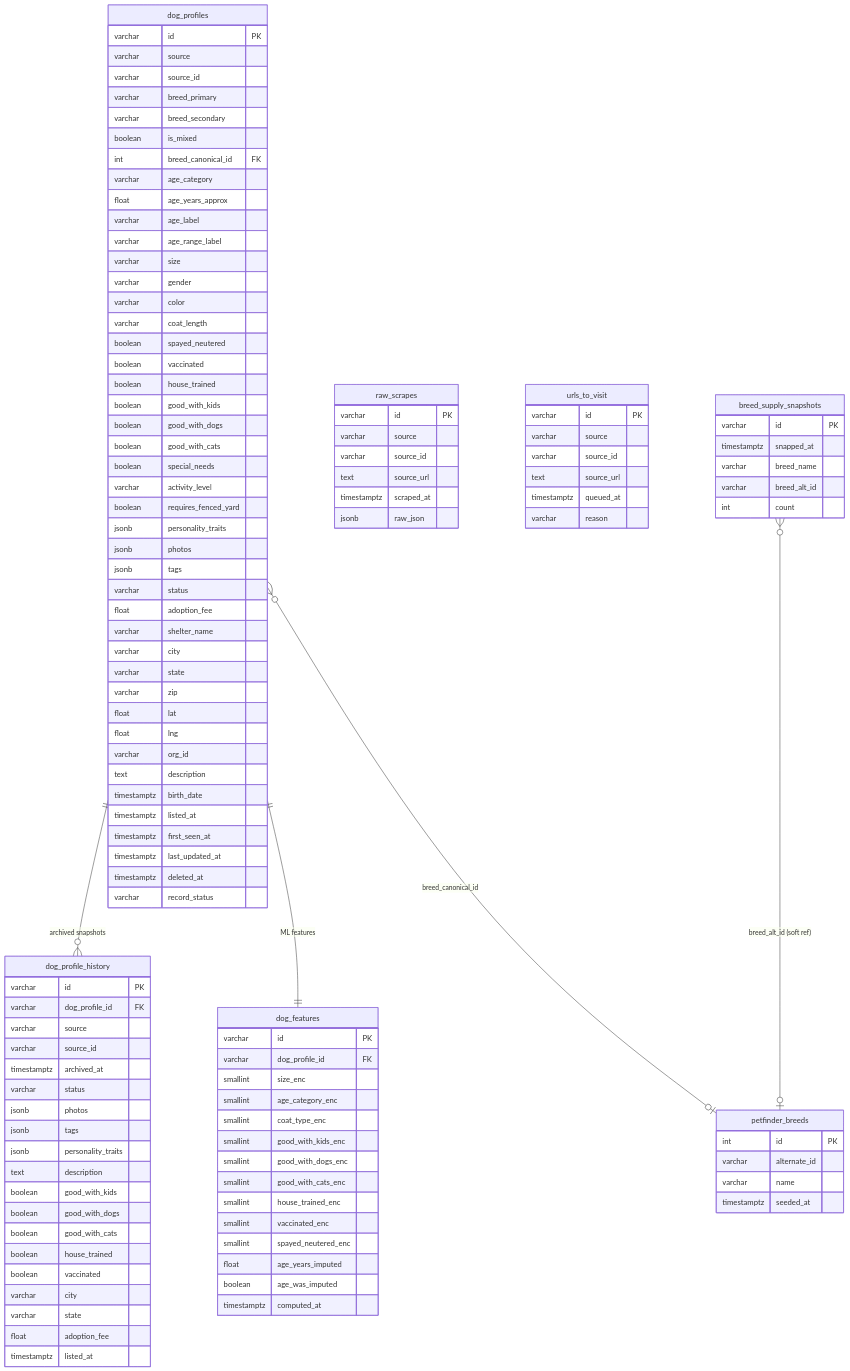
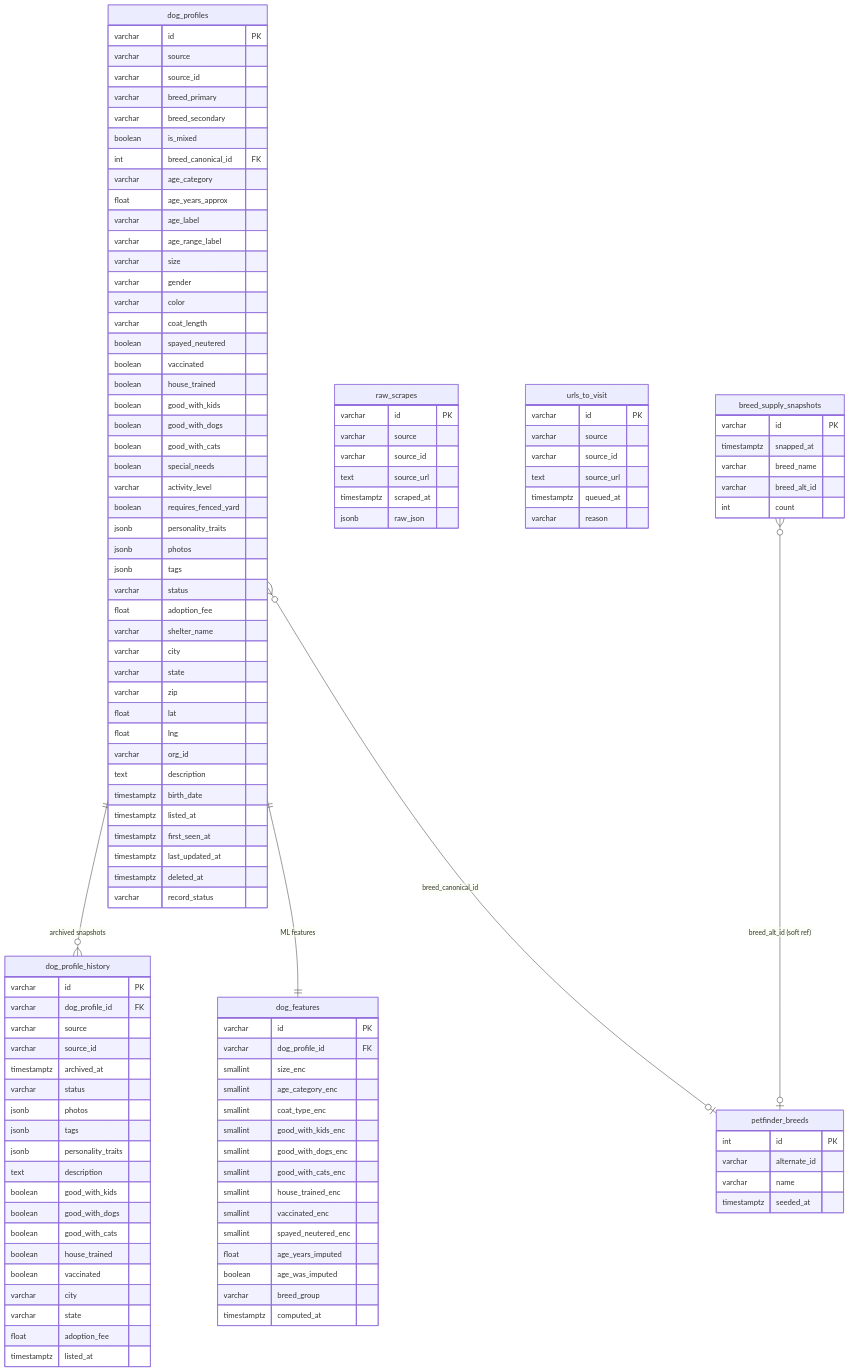
One commit to shrutiagarwal28/fetchr changed the diagram in README.md. Above: the diagram before and after it, drawn with Mermaid. The commit also changed other lines of this file, not shown here.

Commit message:
feat: Enhance feature engineering documentation and structure - add breed_group and backfill scripts

```diff
--- a/README.md
+++ b/README.md
@@ -217,6 +231,7 @@
         smallint spayed_neutered_enc
         float age_years_imputed
         boolean age_was_imputed
+        varchar breed_group
         timestamptz computed_at
     }
 
```
